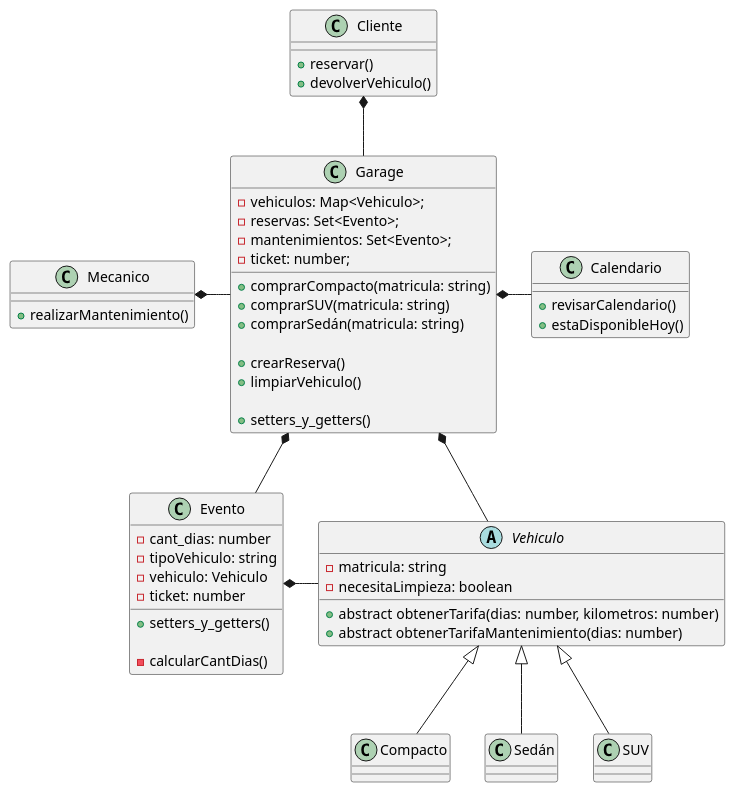
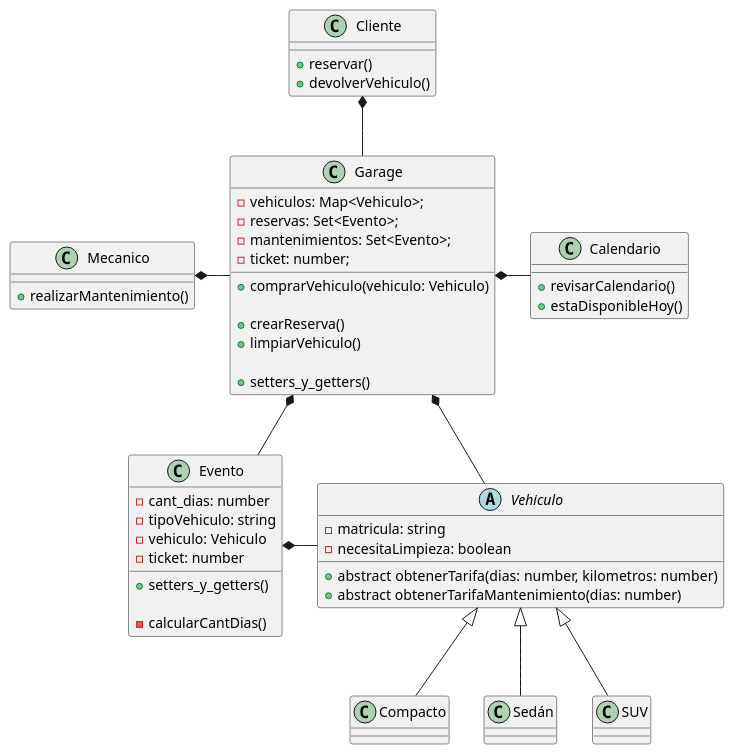
One commit to AlejoSuarez-37/Trabajo-Practico-Grupo16 changed the diagram in diagramas/clases.puml. Above: the diagram before and after it, drawn with PlantUML. The commit also changed 3 other files, not shown here.

```diff
--- a/diagramas/clases.puml
+++ b/diagramas/clases.puml
@@ -1,78 +1,76 @@
 @startuml Diagrama de clases
 class Garage {
     - vehiculos: Map<Vehiculo>;
     - reservas: Set<Evento>;
     - mantenimientos: Set<Evento>;
     - ticket: number;
 
-    + comprarCompacto(matricula: string)
-    + comprarSUV(matricula: string)
-    + comprarSedán(matricula: string)
+    + comprarVehiculo(vehiculo: Vehiculo)
 
     + crearReserva()
     + limpiarVehiculo()
 
     + setters_y_getters()
 }
 
 class Cliente {
     + reservar()
     + devolverVehiculo()
 }
 
 class Mecanico {
     + realizarMantenimiento()
 }
 
 abstract class Vehiculo {
     - matricula: string
     - necesitaLimpieza: boolean
     
     + abstract obtenerTarifa(dias: number, kilometros: number)
     + abstract obtenerTarifaMantenimiento(dias: number)
 }
 
 class Compacto {
 
 }
 class Sedán {
 
 }
 class SUV {
 
 }
 
 class Evento {
     - cant_dias: number
     - tipoVehiculo: string
     - vehiculo: Vehiculo
     - ticket: number
 
     + setters_y_getters()
 
     - calcularCantDias()
 }
 
 class Calendario {
     + revisarCalendario()
     + estaDisponibleHoy()
 }
 
 
 ' Relaciones
 
 Cliente *-- Garage
 
 Mecanico *-r- Garage
 
 Garage *-d- Vehiculo
 Garage *-d- Evento
 Garage *-r- Calendario
 
 Evento *-r- Vehiculo
 
 Vehiculo <|-- Compacto
 Vehiculo <|-- Sedán
 Vehiculo <|-- SUV
 
 @enduml
```
